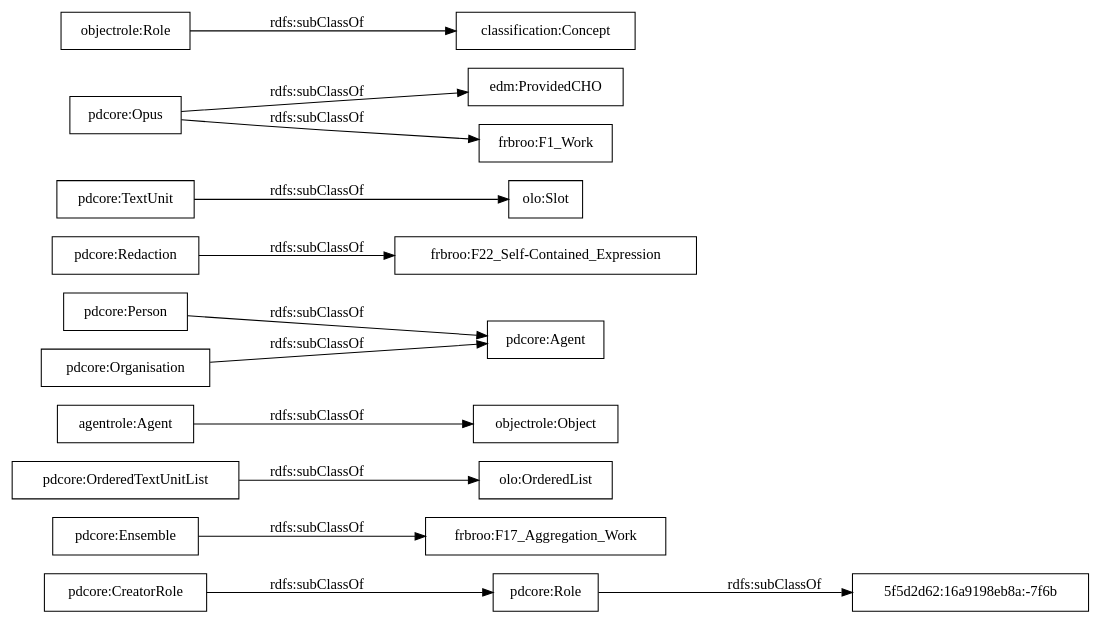
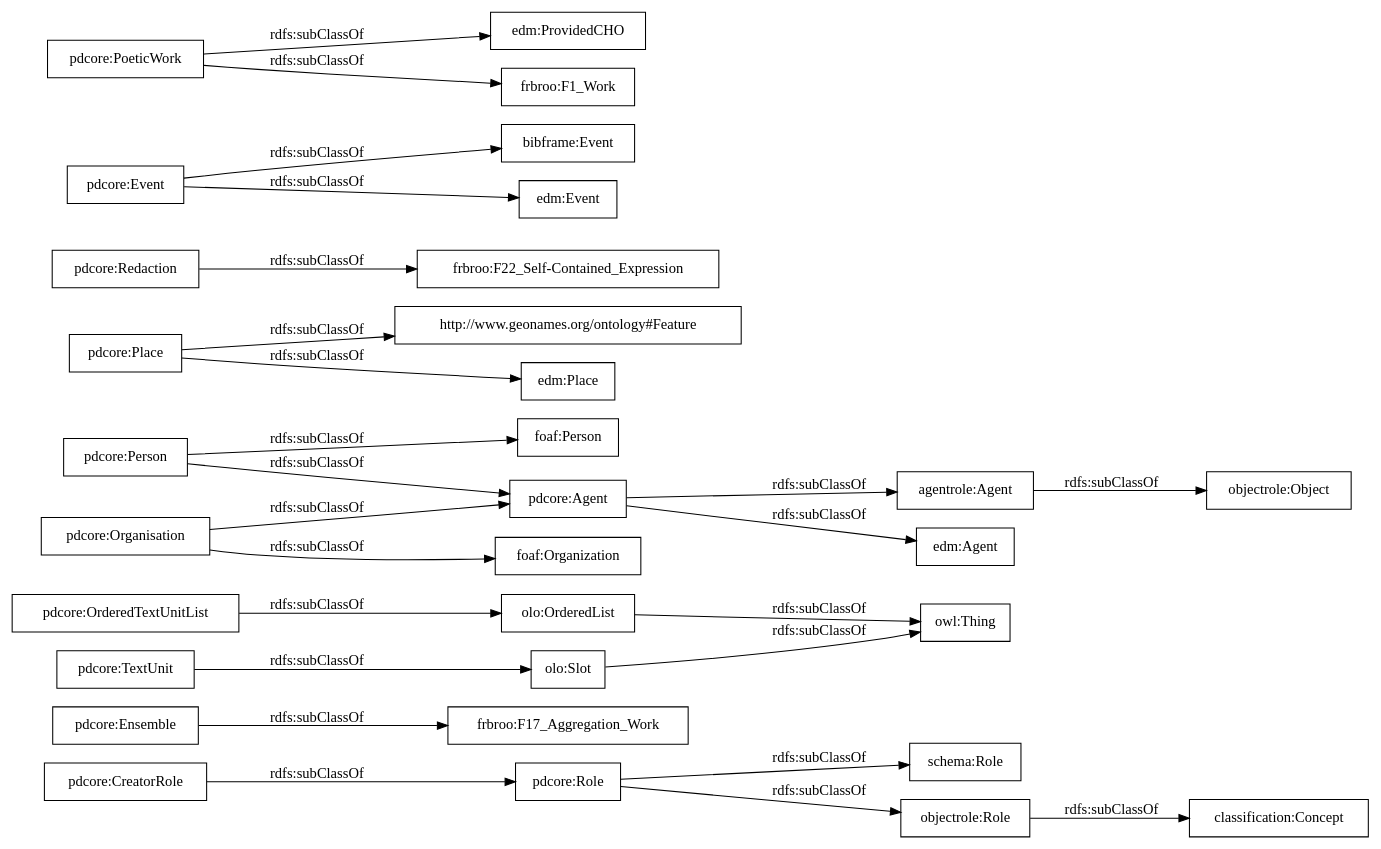
One commit to linhd-postdata/core-ontology changed the diagram in OnToology/postdata-core.owl/diagrams/ar2dtool-taxonomy/postdata-core.owl.png.dot. Above: the diagram before and after it, drawn with Graphviz. The commit also changed 11 other files, not shown here.

```diff
--- a/OnToology/postdata-core.owl/diagrams/ar2dtool-taxonomy/postdata-core.owl.png.dot
+++ b/OnToology/postdata-core.owl/diagrams/ar2dtool-taxonomy/postdata-core.owl.png.dot
@@ -1,18 +1,29 @@
 digraph ar2dtool_diagram { 
 rankdir=LR;
 size="1000"
-node [shape = rectangle, color="black"]; "pdcore:Role" "frbroo:F17_Aggregation_Work" "pdcore:OrderedTextUnitList" "agentrole:Agent" "pdcore:Agent" "pdcore:CreatorRole" "pdcore:Person" "pdcore:Organisation" "pdcore:Redaction" "pdcore:Ensemble" "frbroo:F22_Self-Contained_Expression" "pdcore:TextUnit" "edm:ProvidedCHO" "5f5d2d62:16a9198eb8a:-7f6b" "pdcore:Opus" "frbroo:F1_Work" "objectrole:Role" "objectrole:Object" "classification:Concept" ; /*classes style*/
+node [shape = rectangle, color="black"]; "pdcore:Role" "frbroo:F17_Aggregation_Work" "pdcore:OrderedTextUnitList" "agentrole:Agent" "http://www.geonames.org/ontology#Feature" "edm:Agent" "pdcore:Agent" "pdcore:CreatorRole" "pdcore:Person" "pdcore:Organisation" "edm:Place" "pdcore:Redaction" "pdcore:Ensemble" "foaf:Person" "frbroo:F22_Self-Contained_Expression" "bibframe:Event" "edm:Event" "pdcore:TextUnit" "foaf:Organization" "edm:ProvidedCHO" "pdcore:Place" "pdcore:Event" "pdcore:PoeticWork" "frbroo:F1_Work" "schema:Role" "owl:Thing" "objectrole:Role" "objectrole:Object" "olo:Slot" "olo:OrderedList" "classification:Concept" ; /*classes style*/
 	"pdcore:Redaction" -> "frbroo:F22_Self-Contained_Expression" [ label = "rdfs:subClassOf" ];
-	"pdcore:Role" -> "5f5d2d62:16a9198eb8a:-7f6b" [ label = "rdfs:subClassOf" ];
-	"pdcore:Opus" -> "frbroo:F1_Work" [ label = "rdfs:subClassOf" ];
-	"pdcore:Opus" -> "edm:ProvidedCHO" [ label = "rdfs:subClassOf" ];
+	"pdcore:Role" -> "objectrole:Role" [ label = "rdfs:subClassOf" ];
+	"pdcore:Role" -> "schema:Role" [ label = "rdfs:subClassOf" ];
+	"pdcore:Event" -> "edm:Event" [ label = "rdfs:subClassOf" ];
+	"pdcore:Event" -> "bibframe:Event" [ label = "rdfs:subClassOf" ];
+	"pdcore:Person" -> "foaf:Person" [ label = "rdfs:subClassOf" ];
 	"pdcore:Person" -> "pdcore:Agent" [ label = "rdfs:subClassOf" ];
+	"olo:OrderedList" -> "owl:Thing" [ label = "rdfs:subClassOf" ];
+	"olo:Slot" -> "owl:Thing" [ label = "rdfs:subClassOf" ];
+	"pdcore:PoeticWork" -> "frbroo:F1_Work" [ label = "rdfs:subClassOf" ];
+	"pdcore:PoeticWork" -> "edm:ProvidedCHO" [ label = "rdfs:subClassOf" ];
 	"pdcore:TextUnit" -> "olo:Slot" [ label = "rdfs:subClassOf" ];
 	"agentrole:Agent" -> "objectrole:Object" [ label = "rdfs:subClassOf" ];
 	"pdcore:Ensemble" -> "frbroo:F17_Aggregation_Work" [ label = "rdfs:subClassOf" ];
 	"pdcore:OrderedTextUnitList" -> "olo:OrderedList" [ label = "rdfs:subClassOf" ];
+	"pdcore:Agent" -> "agentrole:Agent" [ label = "rdfs:subClassOf" ];
+	"pdcore:Agent" -> "edm:Agent" [ label = "rdfs:subClassOf" ];
 	"objectrole:Role" -> "classification:Concept" [ label = "rdfs:subClassOf" ];
+	"pdcore:Place" -> "edm:Place" [ label = "rdfs:subClassOf" ];
+	"pdcore:Place" -> "http://www.geonames.org/ontology#Feature" [ label = "rdfs:subClassOf" ];
+	"pdcore:Organisation" -> "foaf:Organization" [ label = "rdfs:subClassOf" ];
 	"pdcore:Organisation" -> "pdcore:Agent" [ label = "rdfs:subClassOf" ];
 	"pdcore:CreatorRole" -> "pdcore:Role" [ label = "rdfs:subClassOf" ];
 
 }
```
